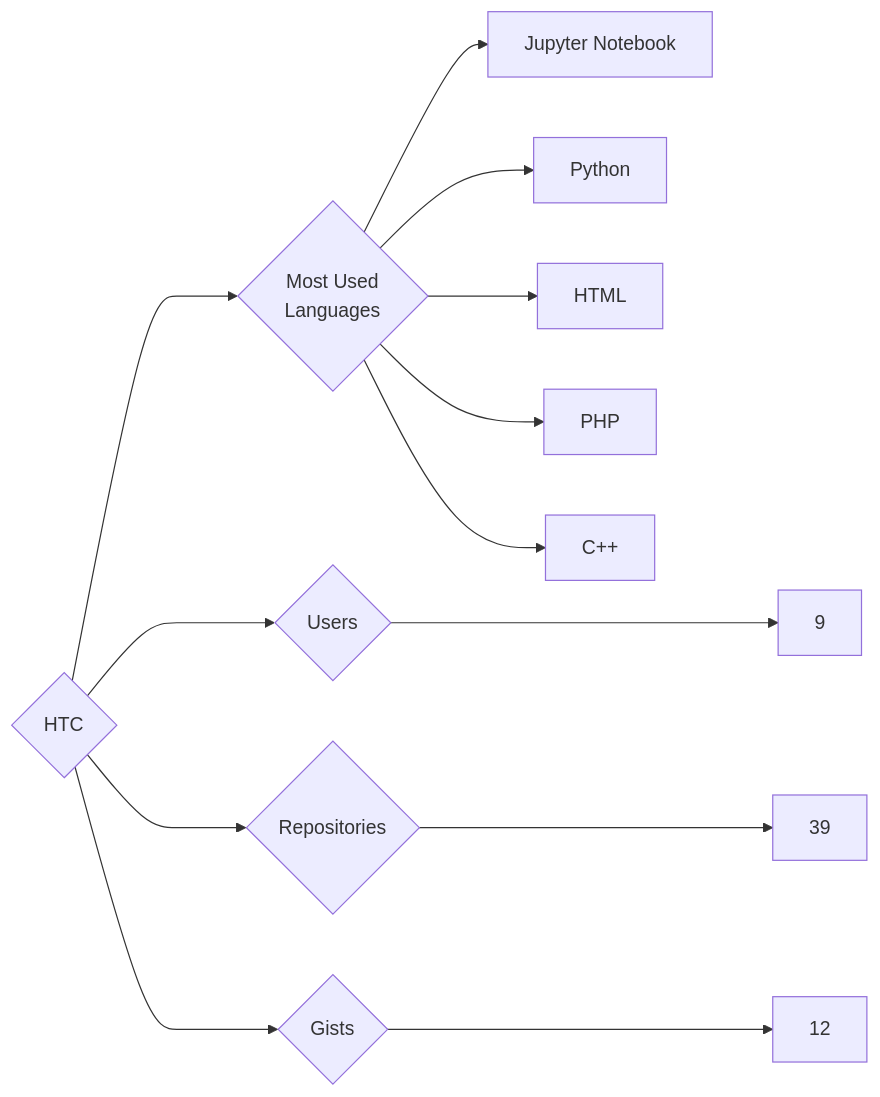
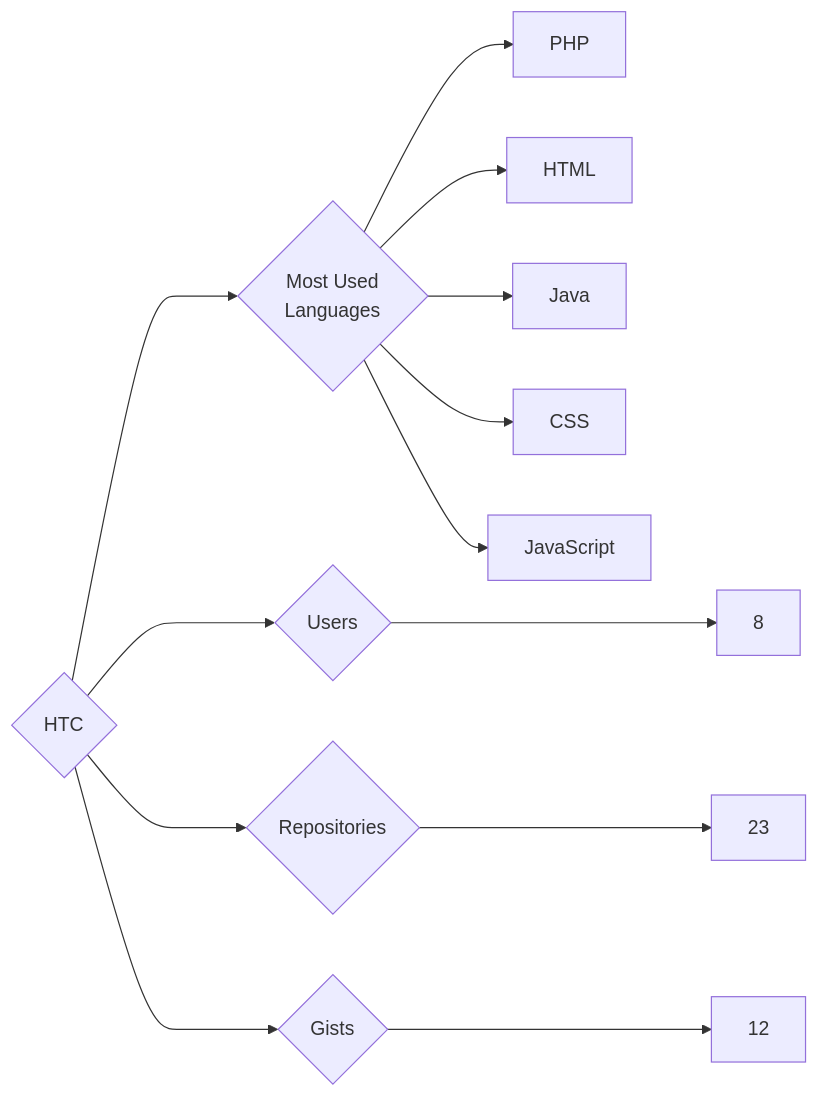
Before and after one commit to trickest/insiders: the diagram in targets/HTC/README.md, drawn with Mermaid. The commit also changed 988 other files, not shown here.

````diff
--- a/targets/HTC/README.md
+++ b/targets/HTC/README.md
@@ -3,13 +3,13 @@
 ```mermaid
 graph LR
 COMPANY_NAME{HTC}
-COMPANY_NAME ---> U{Users} ---> UN[9]
-COMPANY_NAME ---> R{Repositories} ---> RN[39]
+COMPANY_NAME ---> U{Users} ---> UN[8]
+COMPANY_NAME ---> R{Repositories} ---> RN[23]
 COMPANY_NAME ---> G{Gists} ---> GN[12]
 COMPANY_NAME ---> ML{Most Used<br>Languages}
-ML --> Jupyter_Notebook[Jupyter Notebook]
-ML --> Python[Python]
+ML --> PHP[PHP]
 ML --> HTML[HTML]
-ML --> PHP[PHP]
-ML --> C++[C++]
+ML --> Java[Java]
+ML --> CSS[CSS]
+ML --> JavaScript[JavaScript]
 ```
````
